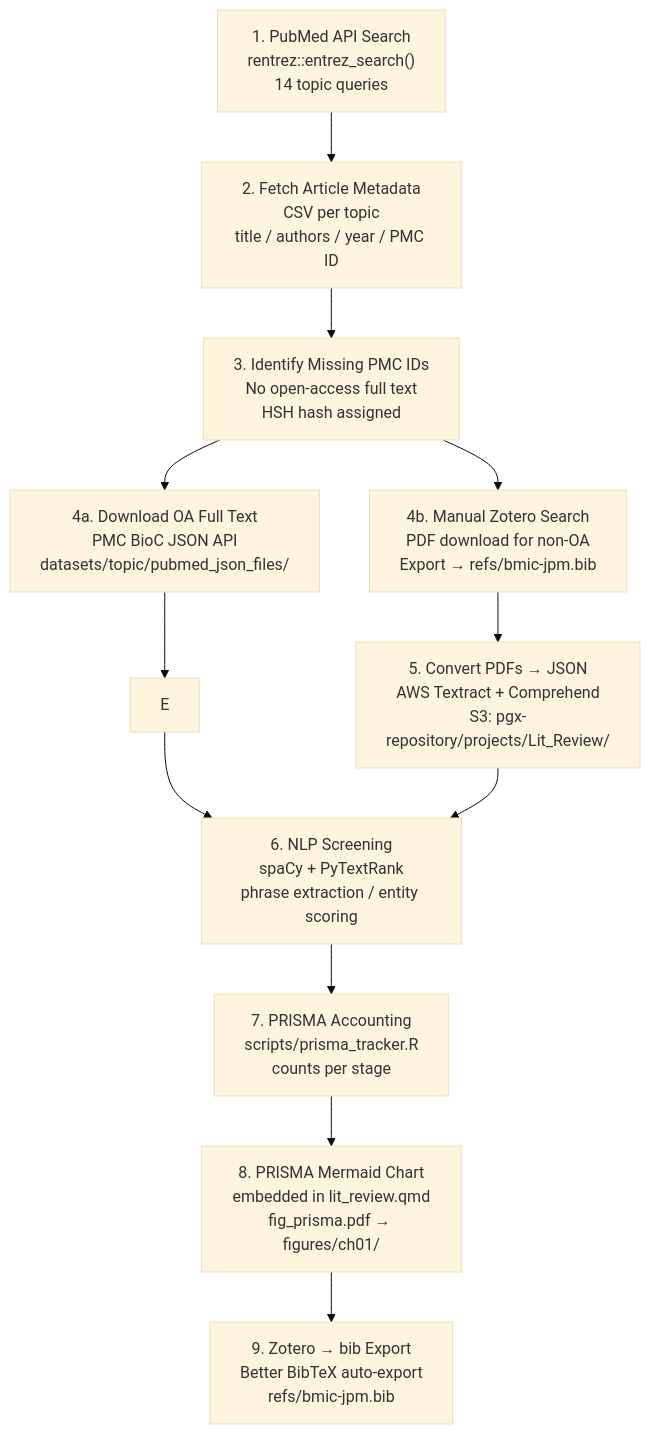
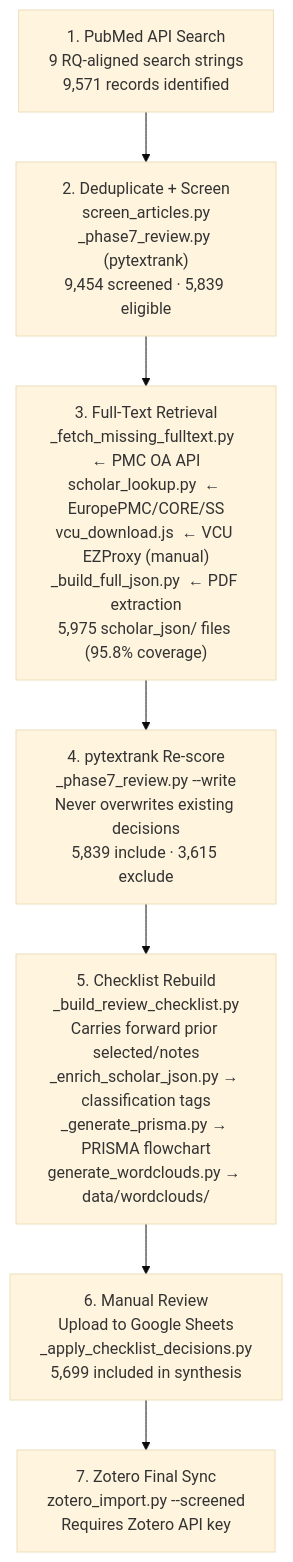
One commit to Jerome3590/pgx-analysis changed the diagram in manuscript/CH_1/Literature_Review/README.md. Above: the diagram before and after it, drawn with Mermaid (base theme). The commit also changed other lines of this file and 85 other files, not shown here.

First line of the commit message:
ch01: OODA diagram polished, title/abstract updated, lit review scripts added

````diff
--- a/manuscript/CH_1/Literature_Review/README.md
+++ b/manuscript/CH_1/Literature_Review/README.md
@@ -14,14 +33,10 @@
 ```mermaid
 flowchart TD
-    A["1. PubMed API Search\nrentrez::entrez_search()\n14 topic queries"] --> B
-    B["2. Fetch Article Metadata\nCSV per topic\ntitle / authors / year / PMC ID"] --> C
-    C["3. Identify Missing PMC IDs\nNo open-access full text\nHSH hash assigned"] --> D
-    D["4a. Download OA Full Text\nPMC BioC JSON API\ndatasets/topic/pubmed_json_files/"] --> E
-    C --> F["4b. Manual Zotero Search\nPDF download for non-OA\nExport → refs/bmic-jpm.bib"]
-    F --> G["5. Convert PDFs → JSON\nAWS Textract + Comprehend\nS3: pgx-repository/projects/Lit_Review/"]
-    E --> H
-    G --> H["6. NLP Screening\nspaCy + PyTextRank\nphrase extraction / entity scoring"]
-    H --> I["7. PRISMA Accounting\nscripts/prisma_tracker.R\ncounts per stage"]
-    I --> J["8. PRISMA Mermaid Chart\nembedded in lit_review.qmd\nfig_prisma.pdf → figures/ch01/"]
-    J --> K["9. Zotero → bib Export\nBetter BibTeX auto-export\nrefs/bmic-jpm.bib"]
+    A["1. PubMed API Search\n9 RQ-aligned search strings\n9,571 records identified"] --> B
+    B["2. Deduplicate + Screen\nscreen_articles.py\n_phase7_review.py (pytextrank)\n9,454 screened · 5,839 eligible"] --> C
+    C["3. Full-Text Retrieval\n_fetch_missing_fulltext.py  ← PMC OA API\nscholar_lookup.py  ← EuropePMC/CORE/SS\nvcu_download.js  ← VCU EZProxy (manual)\n_build_full_json.py  ← PDF extraction\n5,975 scholar_json/ files (95.8% coverage)"] --> D
+    D["4. pytextrank Re-score\n_phase7_review.py --write\nNever overwrites existing decisions\n5,839 include · 3,615 exclude"] --> E
+    E["5. Checklist Rebuild\n_build_review_checklist.py\nCarries forward prior selected/notes\n_enrich_scholar_json.py → classification tags\n_generate_prisma.py → PRISMA flowchart\ngenerate_wordclouds.py → data/wordclouds/"] --> F
+    F["6. Manual Review\nUpload to Google Sheets\n_apply_checklist_decisions.py\n5,699 included in synthesis"] --> G
+    G["7. Zotero Final Sync\nzotero_import.py --screened\nRequires Zotero API key"]
 ```
````
